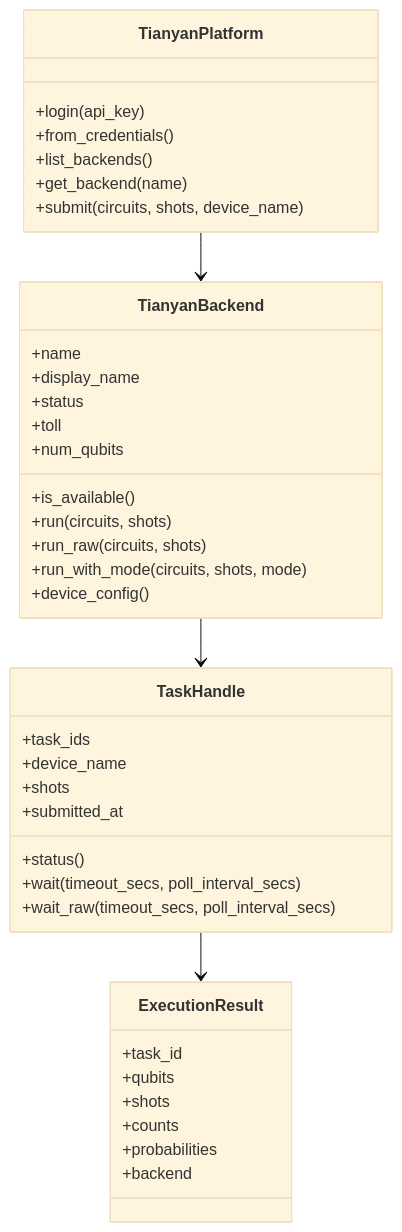
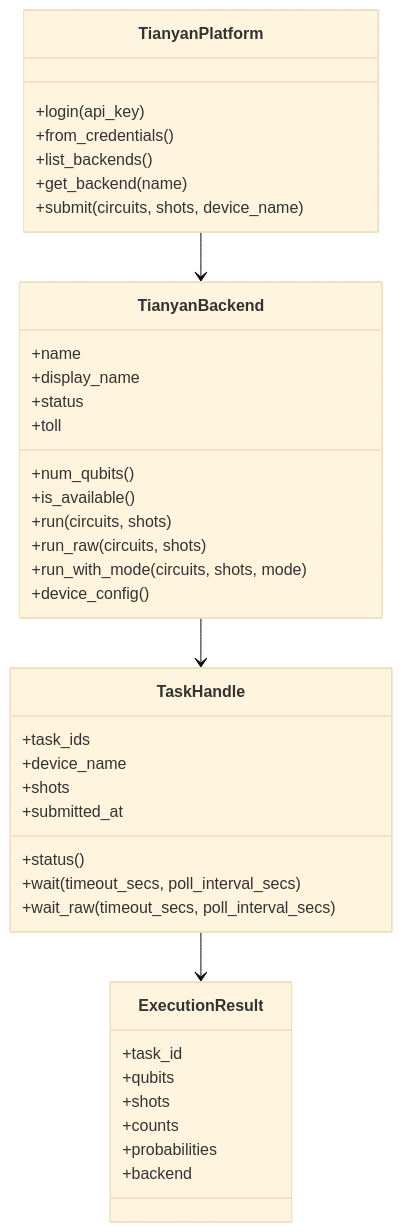
One commit to 1734/cqlib changed the second of 2 diagrams in docs/documentation/1_cqlib/7_tianyan/0_overview.md. Above: the diagram before and after it, drawn with Mermaid (base theme). The commit also changed 1 other file, not shown here.

Commit message:
docs(tianyan): fix backend num_qubits usage

````diff
--- a/docs/documentation/1_cqlib/7_tianyan/0_overview.md
+++ b/docs/documentation/1_cqlib/7_tianyan/0_overview.md
@@ -100,42 +100,42 @@
 ```mermaid
 classDiagram
     class TianyanPlatform {
         +login(api_key)
         +from_credentials()
         +list_backends()
         +get_backend(name)
         +submit(circuits, shots, device_name)
     }
     class TianyanBackend {
         +name
         +display_name
         +status
         +toll
-        +num_qubits
+        +num_qubits()
         +is_available()
         +run(circuits, shots)
         +run_raw(circuits, shots)
         +run_with_mode(circuits, shots, mode)
         +device_config()
     }
     class TaskHandle {
         +task_ids
         +device_name
         +shots
         +submitted_at
         +status()
         +wait(timeout_secs, poll_interval_secs)
         +wait_raw(timeout_secs, poll_interval_secs)
     }
     class ExecutionResult {
         +task_id
         +qubits
         +shots
         +counts
         +probabilities
         +backend
     }
     TianyanPlatform --> TianyanBackend
     TianyanBackend --> TaskHandle
     TaskHandle --> ExecutionResult
 ```
````
